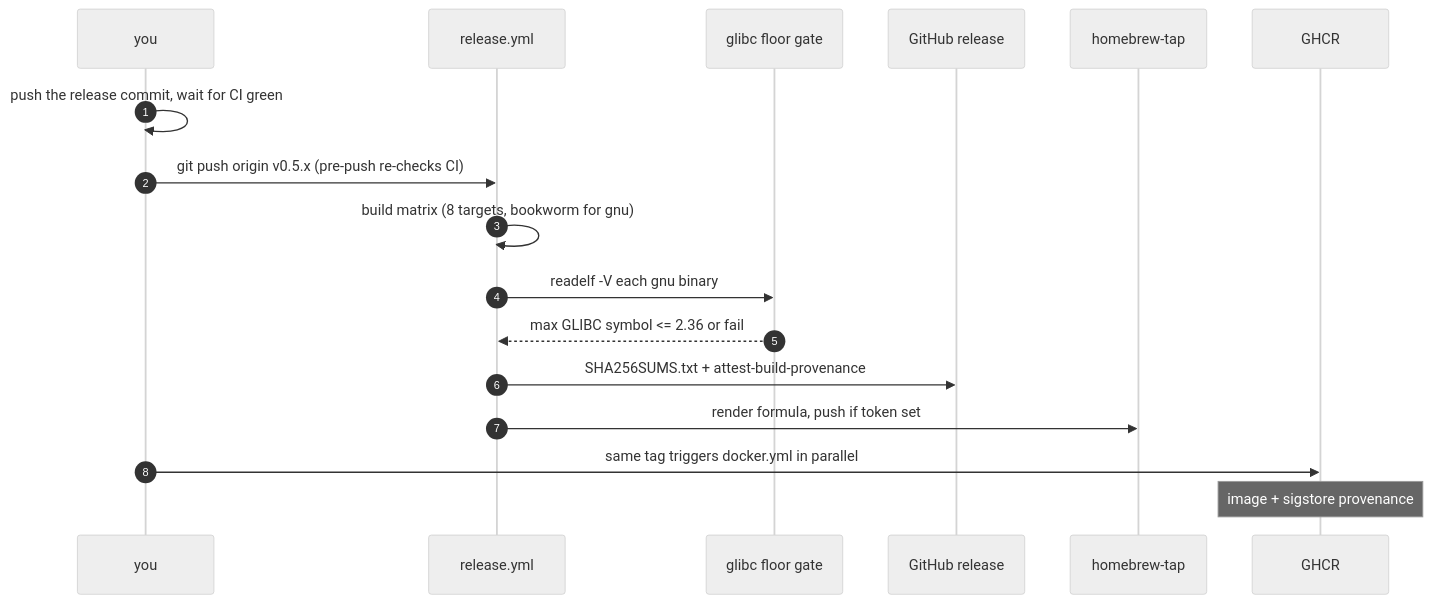
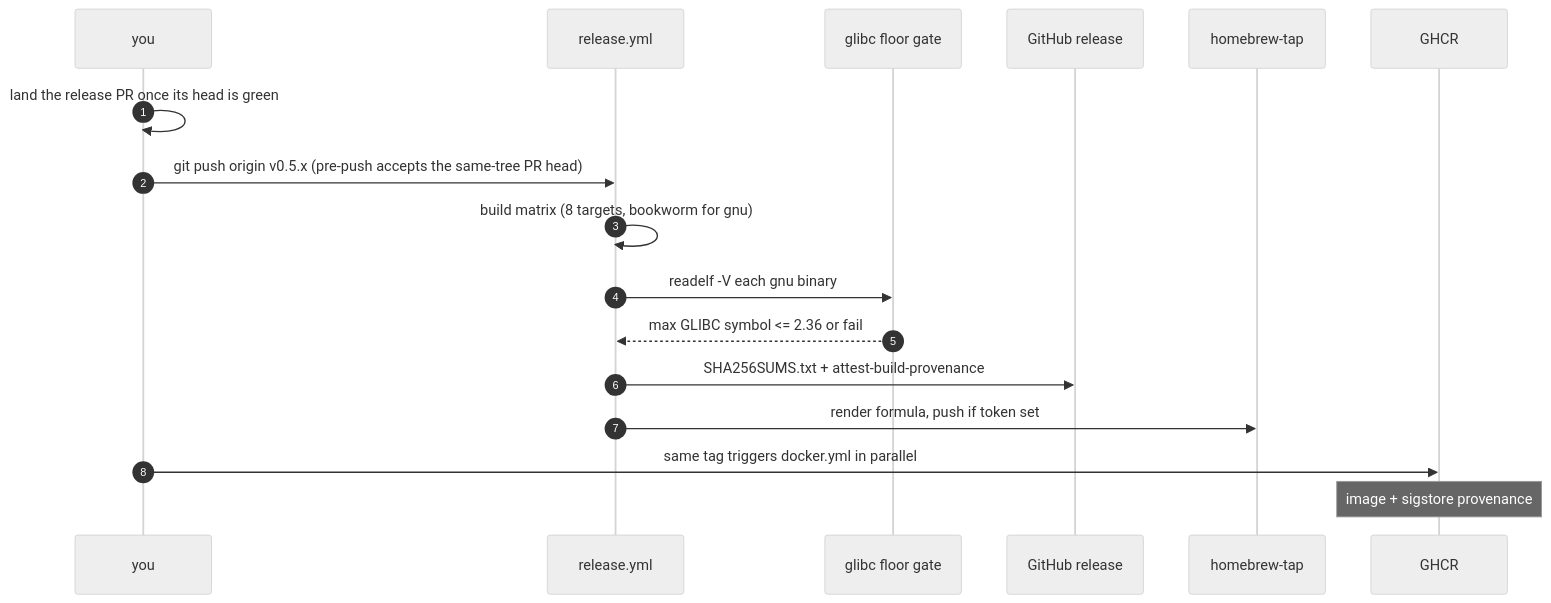
Before and after one commit to NormB/sipnab: the first of 2 diagrams in docs/internals/build-ci-release.md, drawn with Mermaid (neutral theme). The commit also changed other lines of this file and 11 other files, not shown here.

````diff
--- a/docs/internals/build-ci-release.md
+++ b/docs/internals/build-ci-release.md
@@ -1890,20 +1901,20 @@
 ```mermaid
 sequenceDiagram
     autonumber
     participant Dev as you
     participant Rel as release.yml
     participant Gate as glibc floor gate
     participant GH as GitHub release
     participant Tap as homebrew-tap
     participant GHCR
 
-    Dev->>Dev: push the release commit, wait for CI green
-    Dev->>Rel: git push origin v0.5.x (pre-push re-checks CI)
+    Dev->>Dev: land the release PR once its head is green
+    Dev->>Rel: git push origin v0.5.x (pre-push accepts the same-tree PR head)
     Rel->>Rel: build matrix (8 targets, bookworm for gnu)
     Rel->>Gate: readelf -V each gnu binary
     Gate-->>Rel: max GLIBC symbol <= 2.36 or fail
     Rel->>GH: SHA256SUMS.txt + attest-build-provenance
     Rel->>Tap: render formula, push if token set
     Dev->>GHCR: same tag triggers docker.yml in parallel
     Note over GHCR: image + sigstore provenance
 ```
````
